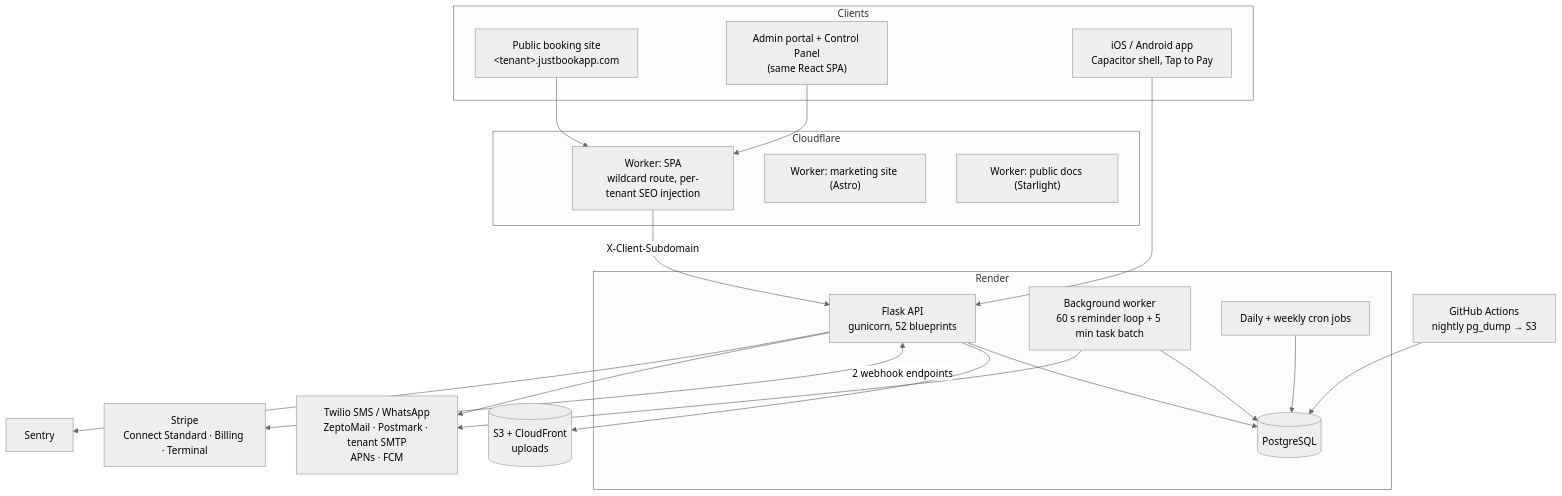
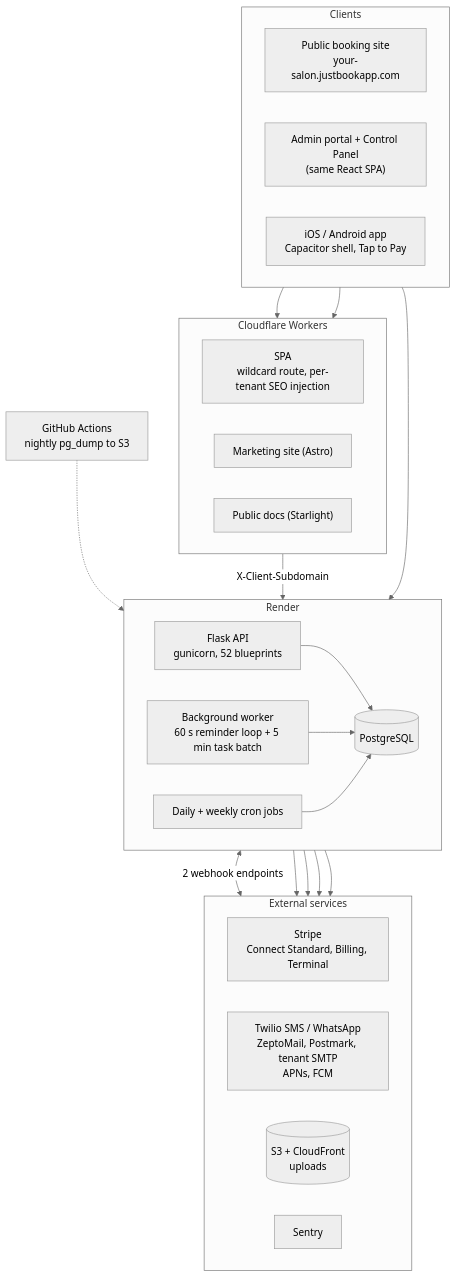
The diagram in README.md (vramaswamy4/justbook-availability-engine), drawn with Mermaid (neutral theme) before and after one commit.

Commit message:
README: clearer architecture diagram; python3 in run instructions

````diff
--- a/README.md
+++ b/README.md
@@ -72,41 +72,48 @@
 ```mermaid
 flowchart TB
   subgraph Clients
-    PUB["Public booking site<br/>&lt;tenant&gt;.justbookapp.com"]
+    direction LR
+    PUB["Public booking site<br/>your-salon.justbookapp.com"]
     ADM["Admin portal + Control Panel<br/>(same React SPA)"]
     APP["iOS / Android app<br/>Capacitor shell, Tap to Pay"]
   end
 
-  subgraph CF["Cloudflare"]
-    W1["Worker: SPA<br/>wildcard route, per-tenant SEO injection"]
-    W2["Worker: marketing site (Astro)"]
-    W3["Worker: public docs (Starlight)"]
+  subgraph CF["Cloudflare Workers"]
+    direction LR
+    W1["SPA<br/>wildcard route, per-tenant SEO injection"]
+    W2["Marketing site (Astro)"]
+    W3["Public docs (Starlight)"]
   end
 
   subgraph Render
+    direction LR
     API["Flask API<br/>gunicorn, 52 blueprints"]
     WRK["Background worker<br/>60 s reminder loop + 5 min task batch"]
     CRON["Daily + weekly cron jobs"]
     PG[("PostgreSQL")]
   end
 
-  S3[("S3 + CloudFront<br/>uploads")]
-  STRIPE["Stripe<br/>Connect Standard · Billing · Terminal"]
-  MSG["Twilio SMS / WhatsApp<br/>ZeptoMail · Postmark · tenant SMTP<br/>APNs · FCM"]
-  SENTRY["Sentry"]
-  GH["GitHub Actions<br/>nightly pg_dump → S3"]
+  subgraph EXT["External services"]
+    direction LR
+    STRIPE["Stripe<br/>Connect Standard, Billing, Terminal"]
+    MSG["Twilio SMS / WhatsApp<br/>ZeptoMail, Postmark, tenant SMTP<br/>APNs, FCM"]
+    S3[("S3 + CloudFront<br/>uploads")]
+    SENTRY["Sentry"]
+  end
+
+  GH["GitHub Actions<br/>nightly pg_dump to S3"]
 
   PUB --> W1
   ADM --> W1
+  W1 -->|"X-Client-Subdomain"| API
   APP --> API
-  W1 -->|"X-Client-Subdomain"| API
   API --> PG
+  WRK --> PG
+  CRON --> PG
+  API <-->|"2 webhook endpoints"| STRIPE
+  API --> MSG
+  WRK --> MSG
   API --> S3
-  API <-->|"2 webhook endpoints"| STRIPE
-  WRK --> PG
-  WRK --> MSG
-  CRON --> PG
-  API --> MSG
   API --> SENTRY
-  GH --> PG
+  GH -.-> PG
 ```
````
